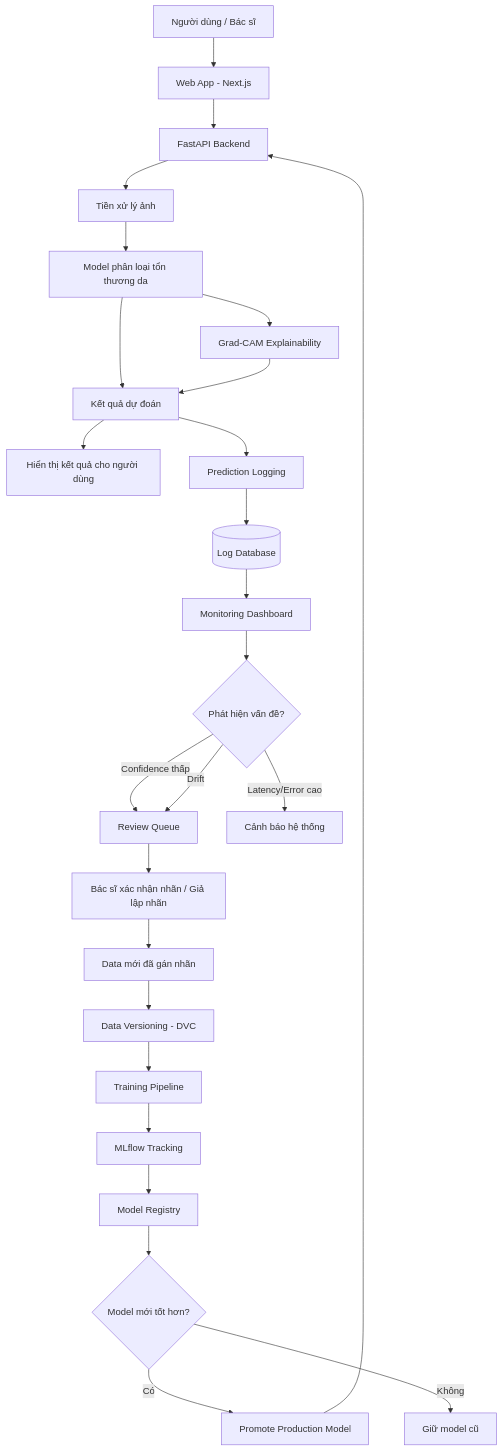
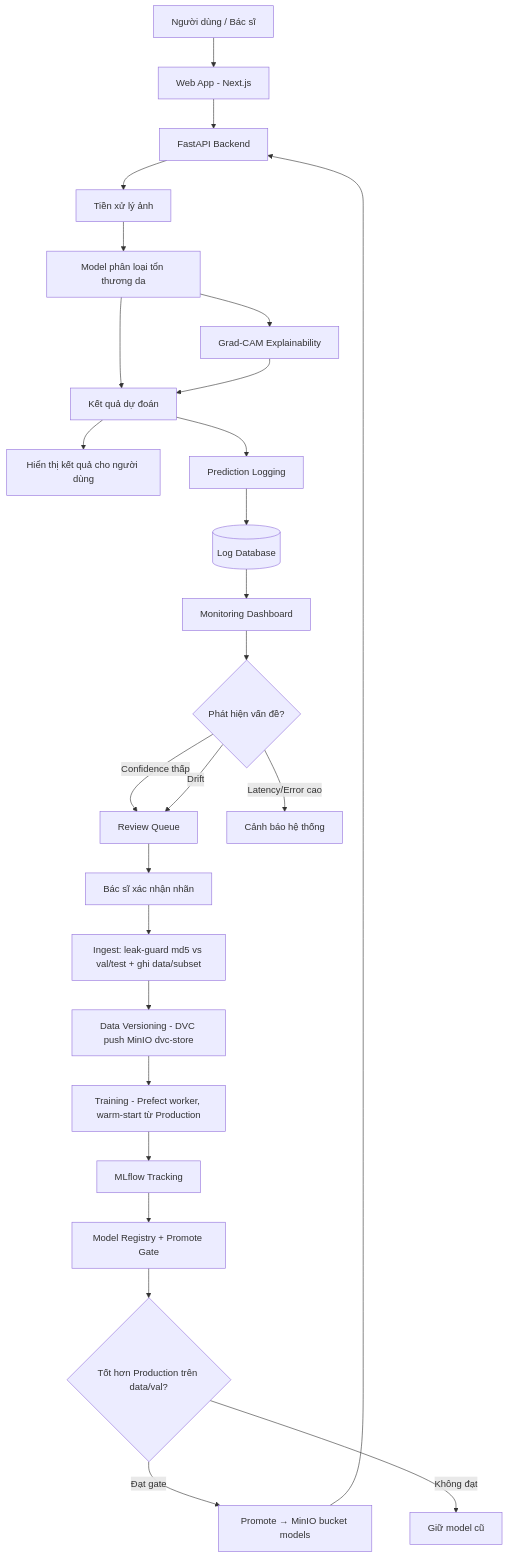
The first of 4 diagrams in docs/plan.md (HaTranThai/derma-mlops), drawn with Mermaid before and after one commit. The commit also changed other lines of this file and 4 other files, not shown here.

Commit message:
docs: đồng bộ tài liệu với hệ thống (serving MinIO, ingest, gate, sửa mermaid)

````diff
--- a/docs/plan.md
+++ b/docs/plan.md
@@ -446,38 +446,38 @@
 ```mermaid
 flowchart TD
     A[Người dùng / Bác sĩ] --> B[Web App - Next.js]
     B --> C[FastAPI Backend]
 
     C --> D[Tiền xử lý ảnh]
     D --> E[Model phân loại tổn thương da]
     E --> F[Grad-CAM Explainability]
 
     E --> G[Kết quả dự đoán]
     F --> G
 
     G --> H[Hiển thị kết quả cho người dùng]
     G --> I[Prediction Logging]
 
     I --> J[(Log Database)]
     J --> K[Monitoring Dashboard]
 
     K --> L{Phát hiện vấn đề?}
 
     L -->|Confidence thấp| M[Review Queue]
     L -->|Drift| M
     L -->|Latency/Error cao| N[Cảnh báo hệ thống]
 
-    M --> O[Bác sĩ xác nhận nhãn / Giả lập nhãn]
-    O --> P[Data mới đã gán nhãn]
+    M --> O[Bác sĩ xác nhận nhãn]
+    O --> P[Ingest: leak-guard md5 vs val/test + ghi data/subset]
 
-    P --> Q[Data Versioning - DVC]
-    Q --> R[Training Pipeline]
+    P --> Q[Data Versioning - DVC push MinIO dvc-store]
+    Q --> R[Training - Prefect worker, warm-start từ Production]
     R --> S[MLflow Tracking]
-    S --> T[Model Registry]
+    S --> T[Model Registry + Promote Gate]
 
-    T --> U{Model mới tốt hơn?}
-    U -->|Có| V[Promote Production Model]
-    U -->|Không| W[Giữ model cũ]
+    T --> U{Tốt hơn Production trên data/val?}
+    U -->|Đạt gate| V[Promote → MinIO bucket models]
+    U -->|Không đạt| W[Giữ model cũ]
 
     V --> C
 ```
````
